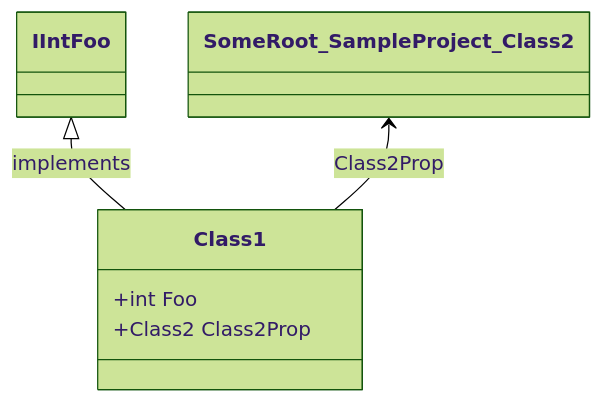
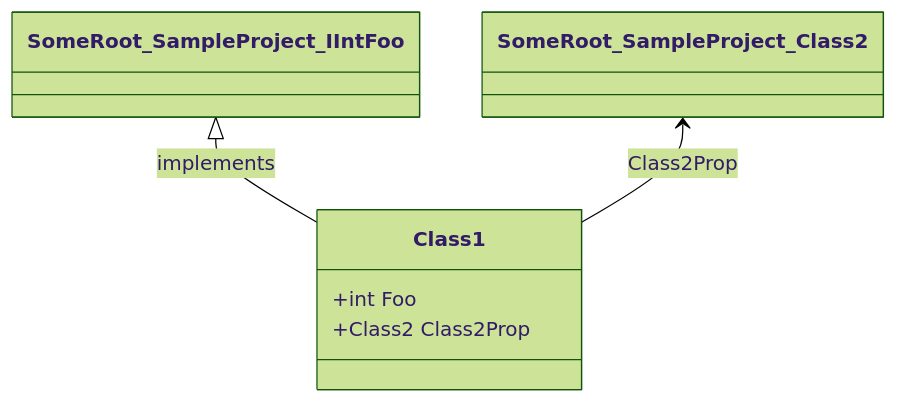
One commit to erichiller/gh-action-cs-metrics changed the first of 7 diagrams in test/SampleProject/CODE_METRICS.md. Above: the diagram before and after it, drawn with Mermaid (forest theme). The commit also changed other lines of this file, not shown here.

````diff
--- a/test/SampleProject/CODE_METRICS.md
+++ b/test/SampleProject/CODE_METRICS.md
@@ -199,13 +199,13 @@
 ```mermaid
 %%{init: {
     'fontFamily': 'monospace'
 } }%%
 classDiagram
-IIntFoo <|-- SomeRoot_SampleProject_Class1 : implements
+SomeRoot_SampleProject_IIntFoo <|-- SomeRoot_SampleProject_Class1 : implements
 SomeRoot_SampleProject_Class2 <-- SomeRoot_SampleProject_Class1 : Class2Prop
 class SomeRoot_SampleProject_Class1 ["Class1"] {
     +int Foo
     +Class2 Class2Prop
 }
 
 ```
````
